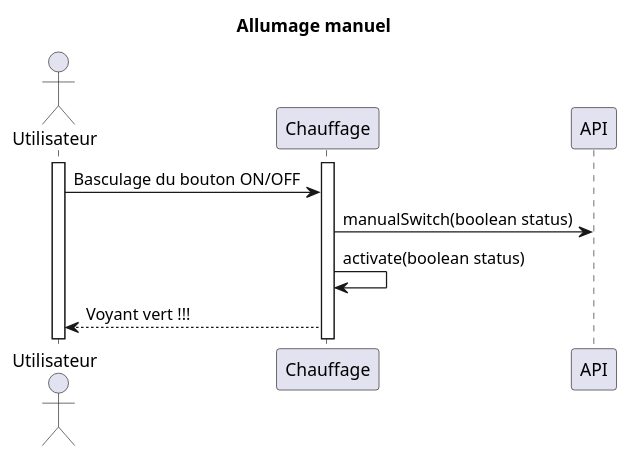
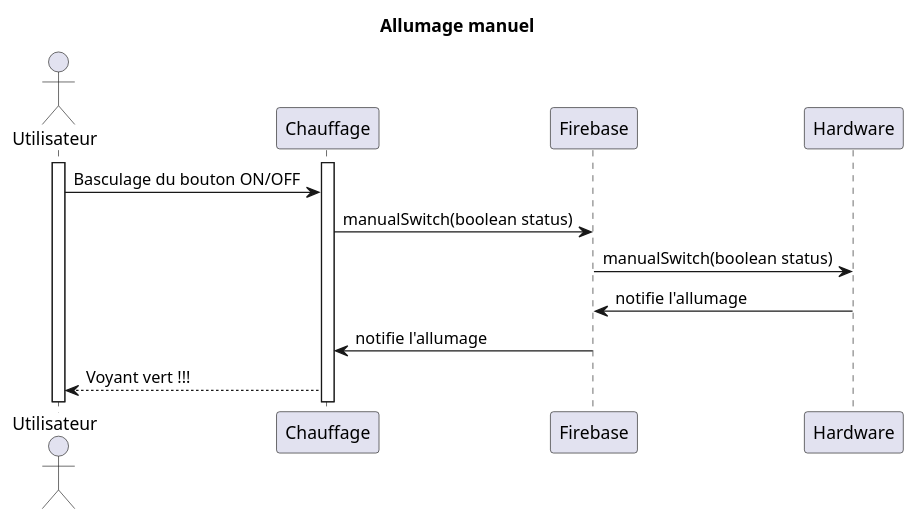
The diagram in diagrams/seq/turn_on_manually.puml (chauffapagnan/documentation), drawn with PlantUML before and after one commit. The commit also changed 11 other files, not shown here.

Commit message:
📝 mise à jour des diagrammes de séquence

```diff
--- a/diagrams/seq/turn_on_manually.puml
+++ b/diagrams/seq/turn_on_manually.puml
@@ -1,18 +1,20 @@
 @startuml
 
 title Allumage manuel
 
 actor Utilisateur
 
 activate Utilisateur
 activate Chauffage
 
 Utilisateur -> Chauffage: Basculage du bouton ON/OFF
-Chauffage -> API: manualSwitch(boolean status)
-Chauffage -> Chauffage: activate(boolean status)
+Chauffage -> Firebase: manualSwitch(boolean status)
+Firebase -> Hardware: manualSwitch(boolean status)
+Hardware -> Firebase: notifie l'allumage
+Firebase -> Chauffage: notifie l'allumage
 
 Chauffage --> Utilisateur: Voyant vert !!!
 
-deactivate API
+deactivate Firebase
 
 @enduml
```
